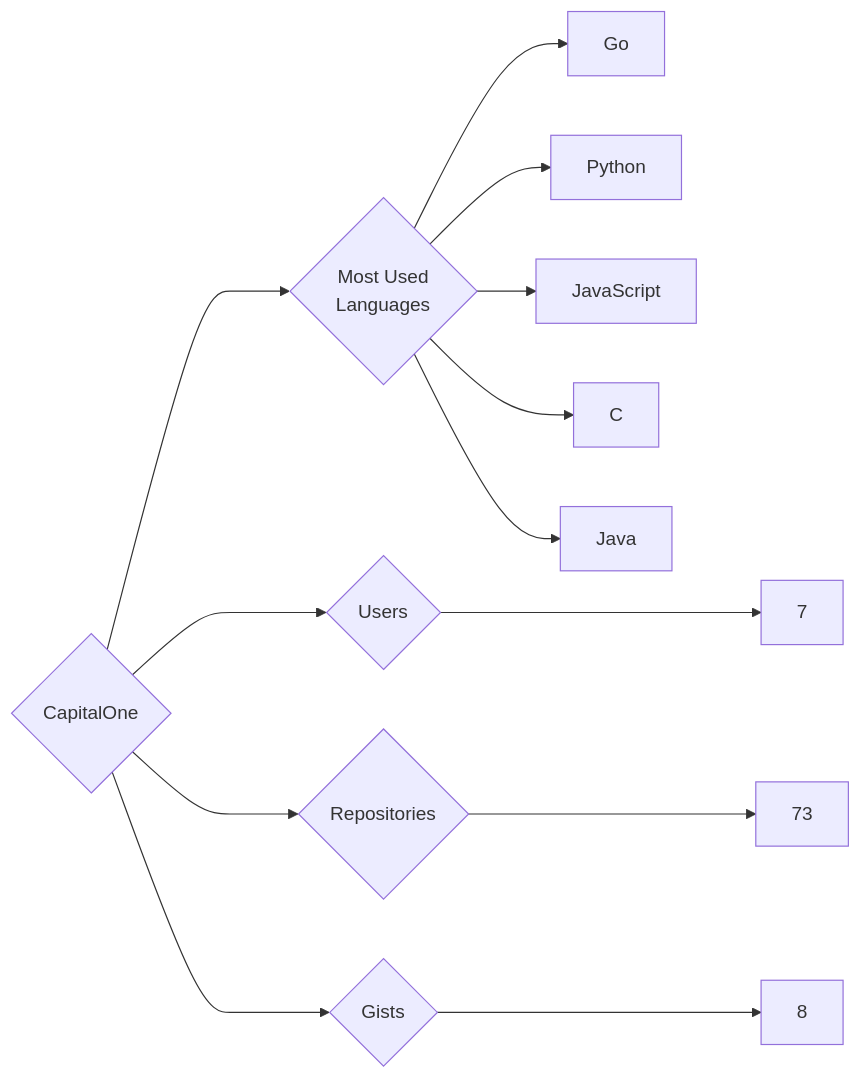
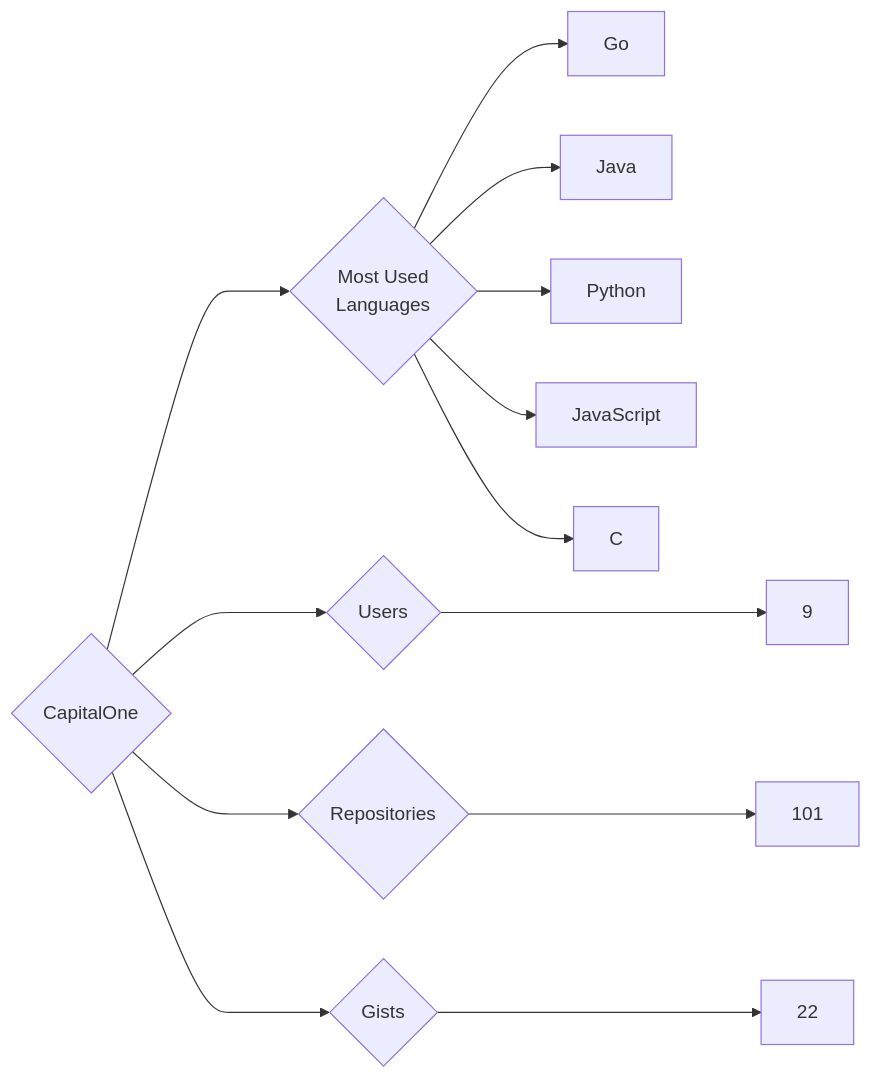
One commit to trickest/insiders changed the diagram in targets/CapitalOne/README.md. Above: the diagram before and after it, drawn with Mermaid. The commit also changed 924 other files, not shown here.

````diff
--- a/targets/CapitalOne/README.md
+++ b/targets/CapitalOne/README.md
@@ -3,13 +3,13 @@
 ```mermaid
 graph LR
 COMPANY_NAME{CapitalOne}
-COMPANY_NAME ---> U{Users} ---> UN[7]
-COMPANY_NAME ---> R{Repositories} ---> RN[73]
-COMPANY_NAME ---> G{Gists} ---> GN[8]
+COMPANY_NAME ---> U{Users} ---> UN[9]
+COMPANY_NAME ---> R{Repositories} ---> RN[101]
+COMPANY_NAME ---> G{Gists} ---> GN[22]
 COMPANY_NAME ---> ML{Most Used<br>Languages}
 ML --> Go[Go]
+ML --> Java[Java]
 ML --> Python[Python]
 ML --> JavaScript[JavaScript]
 ML --> C[C]
-ML --> Java[Java]
 ```
````
